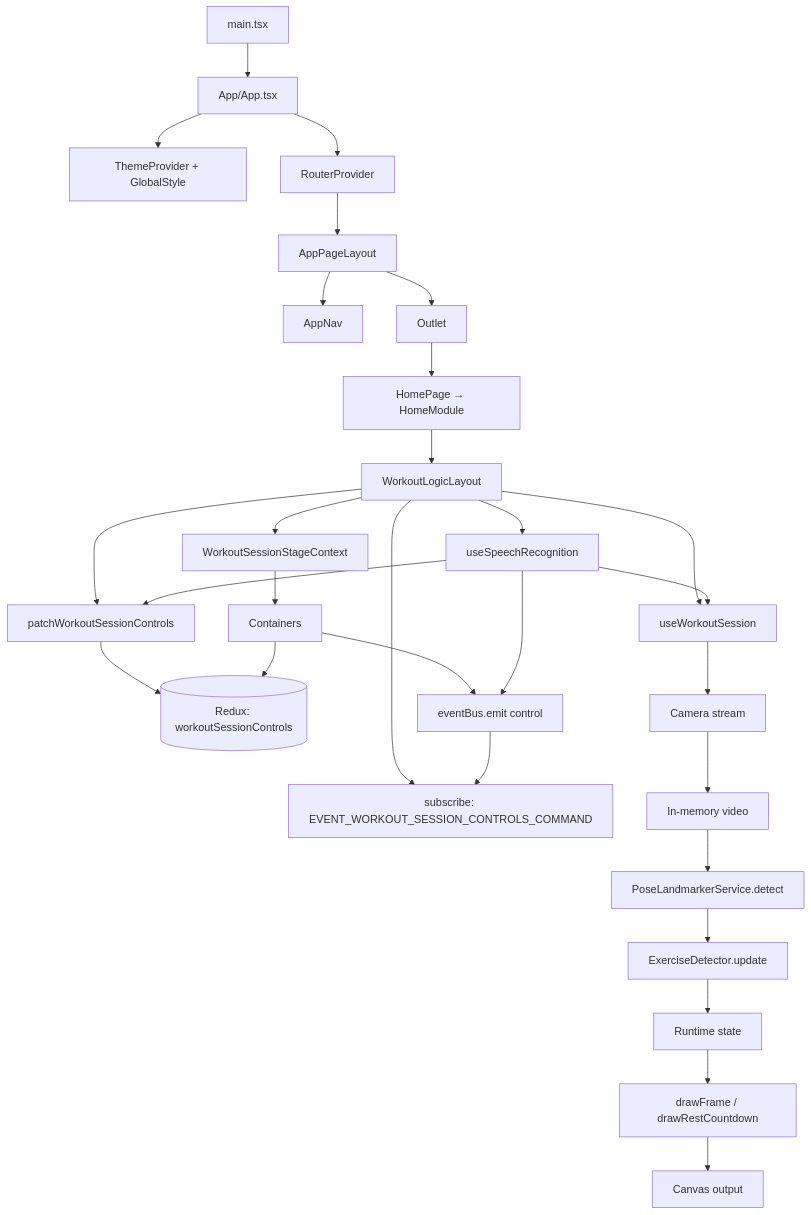
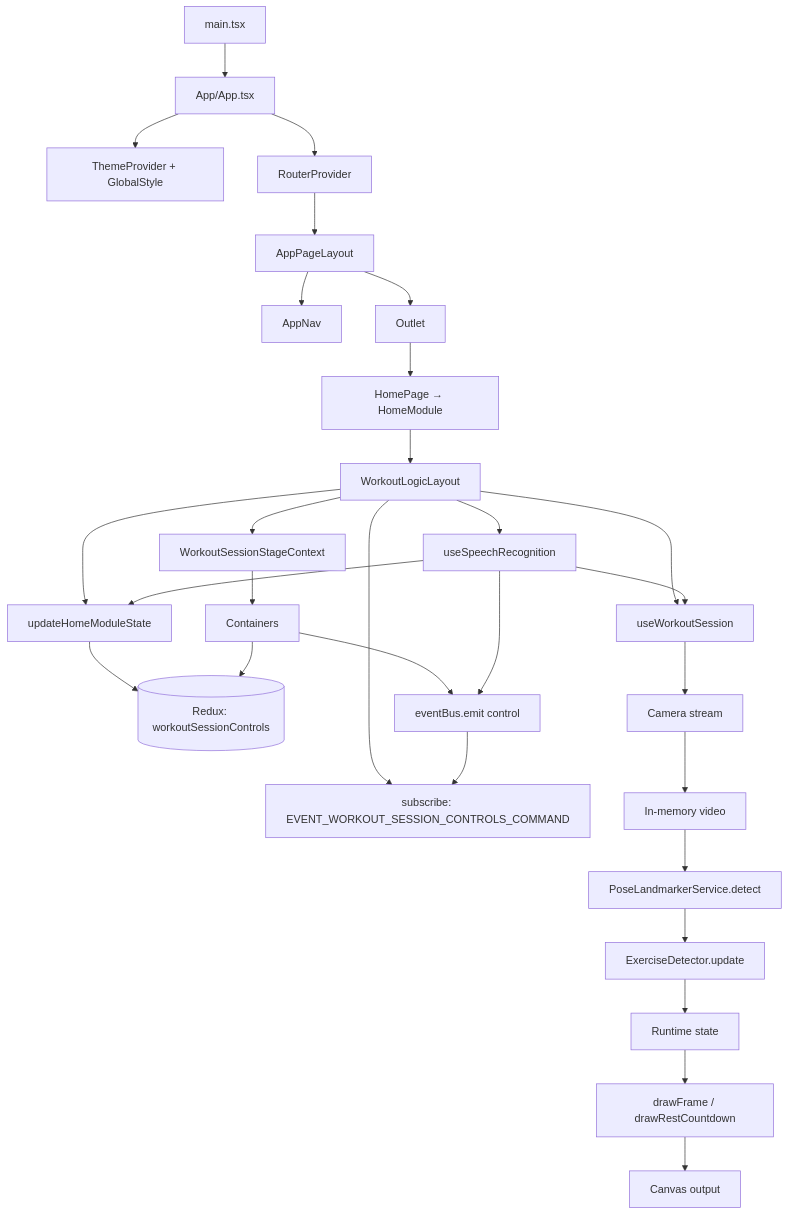
Before and after one commit to alexeyabretov00-eng/workout-counter-react: the diagram in docs/architecture.md, drawn with Mermaid. The commit also changed other lines of this file and 49 other files, not shown here.

````diff
--- a/docs/architecture.md
+++ b/docs/architecture.md
@@ -81,32 +81,32 @@
 ```mermaid
 flowchart TB
   Main[main.tsx] --> AppMod[App/App.tsx]
   AppMod --> Theme[ThemeProvider + GlobalStyle]
   AppMod --> R[RouterProvider]
   R --> APL[AppPageLayout]
   APL --> Nav[AppNav]
   APL --> Out[Outlet]
   Out --> Home[HomePage → HomeModule]
   Home --> WLL[WorkoutLogicLayout]
   WLL --> Session[useWorkoutSession]
   WLL --> Speech[useSpeechRecognition]
   WLL --> StageCtx[WorkoutSessionStageContext]
-  WLL --> Patch[patchWorkoutSessionControls]
+  WLL --> Patch[updateHomeModuleState]
   WLL --> EBSub[subscribe: EVENT_WORKOUT_SESSION_CONTROLS_COMMAND]
   Store[(Redux: workoutSessionControls)]
   Patch --> Store
   Cont[Containers] --> Store
   Cont --> EBEmit[eventBus.emit control]
   Speech --> EBEmit
   Speech --> Patch
   EBEmit --> EBSub
   StageCtx --> Cont
   Speech --> Session
   Session --> Camera[Camera stream]
   Camera --> Video[In-memory video]
   Video --> Pose[PoseLandmarkerService.detect]
   Pose --> Detector[ExerciseDetector.update]
   Detector --> Runtime[Runtime state]
   Runtime --> Draw[drawFrame / drawRestCountdown]
   Draw --> Canvas[Canvas output]
 ```
````
